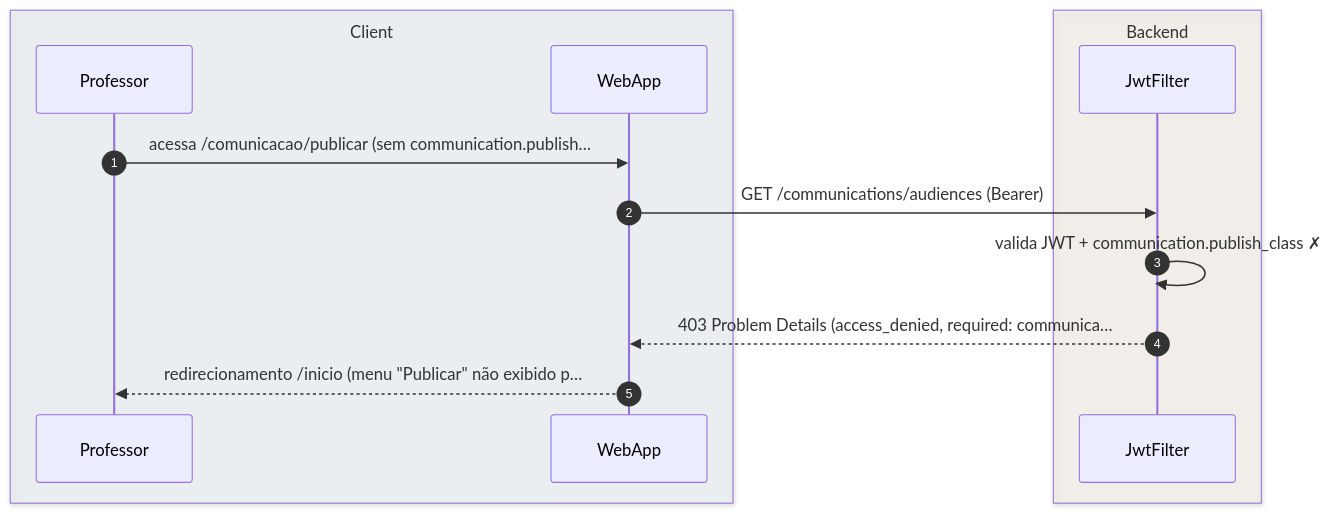
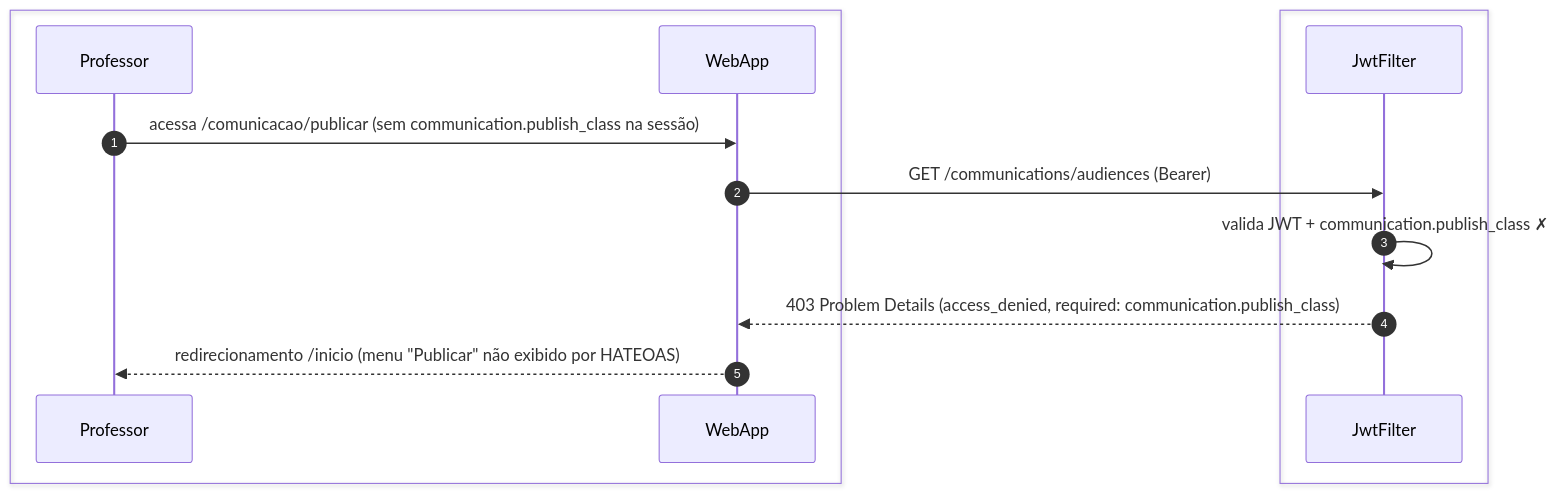
The third of 4 diagrams in foundationDocs/sequenceDiagrams/F3 — Professor/US-F3-007-PUBLICAR-COMUNICADO.md (umishell/secretariaOnline2), drawn with Mermaid before and after one commit. The commit also changed other lines of this file and 70 other files, not shown here.

First line of the commit message:
Enhance database documentation and introduce new schema files

````diff
--- a/foundationDocs/sequenceDiagrams/F3 — Professor/US-F3-007-PUBLICAR-COMUNICADO.md
+++ b/foundationDocs/sequenceDiagrams/F3 — Professor/US-F3-007-PUBLICAR-COMUNICADO.md
@@ -136,17 +136,17 @@
 ```mermaid
 sequenceDiagram
     autonumber
-    box rgba(230,245,255,0.3) Client
+    box #e8f4fc Cliente
         participant Professor
         participant WebApp
     end
-    box rgba(255,245,230,0.3) Backend
+    box #fff8ee Servidor
         participant JwtFilter
     end
 
-    Professor->>WebApp: acessa /comunicacao/publicar (sem communication.publish…
+    Professor->>WebApp: acessa /comunicacao/publicar (sem communication.publish_class na sessão)
     WebApp->>JwtFilter: GET /communications/audiences (Bearer)
     JwtFilter->>JwtFilter: valida JWT + communication.publish_class ✗
-    JwtFilter-->>WebApp: 403 Problem Details (access_denied, required: communica…
-    WebApp-->>Professor: redirecionamento /inicio (menu "Publicar" não exibido p…
+    JwtFilter-->>WebApp: 403 Problem Details (access_denied, required: communication.publish_class)
+    WebApp-->>Professor: redirecionamento /inicio (menu "Publicar" não exibido por HATEOAS)
 ```
````
